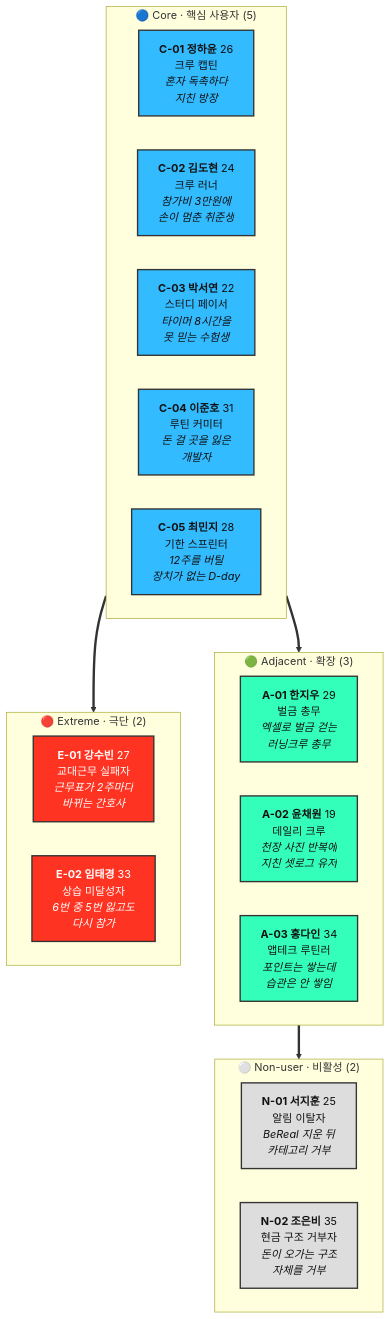
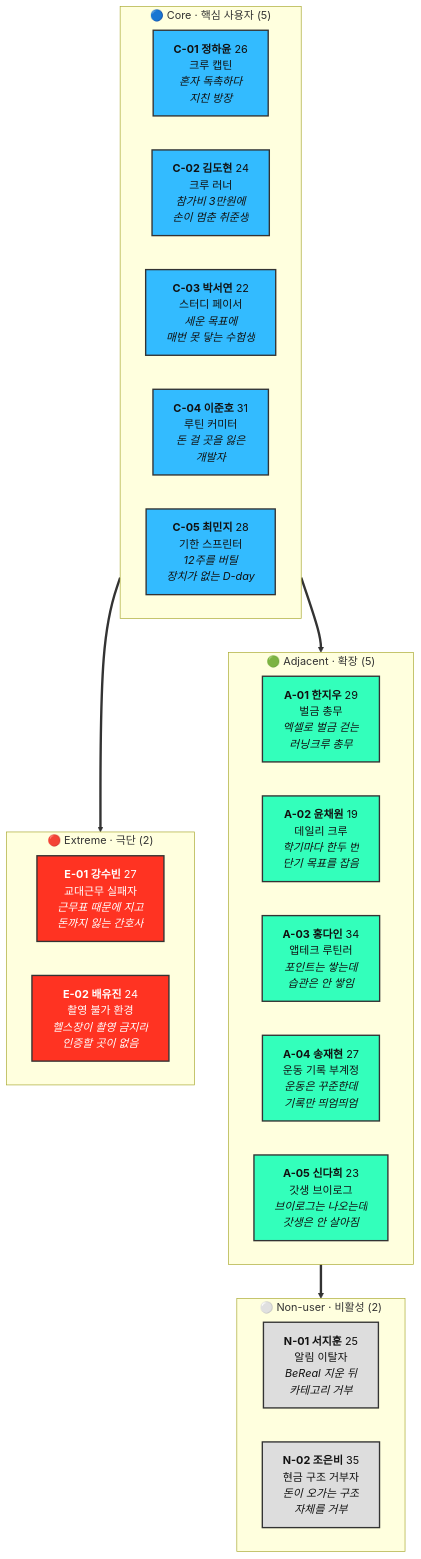
Before and after one commit to new-rim/business-research-practice-2026-sesac: the second of 2 diagrams in 05-personas/persona-02-spectrum.md, drawn with Mermaid. The commit also changed other lines of this file, not shown here.

````diff
--- a/05-personas/persona-02-spectrum.md
+++ b/05-personas/persona-02-spectrum.md
@@ -71,39 +76,41 @@
 ```mermaid
 graph TB
     subgraph CORE["🔵 Core · 핵심 사용자 (5)"]
         direction LR
         C1["<b>C-01 정하윤</b> 26<br/>크루 캡틴<br/><i>혼자 독촉하다<br/>지친 방장</i>"]:::core
         C2["<b>C-02 김도현</b> 24<br/>크루 러너<br/><i>참가비 3만원에<br/>손이 멈춘 취준생</i>"]:::core
-        C3["<b>C-03 박서연</b> 22<br/>스터디 페이서<br/><i>타이머 8시간을<br/>못 믿는 수험생</i>"]:::core
+        C3["<b>C-03 박서연</b> 22<br/>스터디 페이서<br/><i>세운 목표에<br/>매번 못 닿는 수험생</i>"]:::core
         C4["<b>C-04 이준호</b> 31<br/>루틴 커미터<br/><i>돈 걸 곳을 잃은<br/>개발자</i>"]:::core
         C5["<b>C-05 최민지</b> 28<br/>기한 스프린터<br/><i>12주를 버틸<br/>장치가 없는 D-day</i>"]:::core
     end
 
-    subgraph ADJ["🟢 Adjacent · 확장 (3)"]
+    subgraph ADJ["🟢 Adjacent · 확장 (5)"]
         direction LR
         A1["<b>A-01 한지우</b> 29<br/>벌금 총무<br/><i>엑셀로 벌금 걷는<br/>러닝크루 총무</i>"]:::adj
-        A2["<b>A-02 윤채원</b> 19<br/>데일리 크루<br/><i>천장 사진 반복에<br/>지친 셋로그 유저</i>"]:::adj
+        A2["<b>A-02 윤채원</b> 19<br/>데일리 크루<br/><i>학기마다 한두 번<br/>단기 목표를 잡음</i>"]:::adj
         A3["<b>A-03 홍다인</b> 34<br/>앱테크 루틴러<br/><i>포인트는 쌓는데<br/>습관은 안 쌓임</i>"]:::adj
+        A4["<b>A-04 송재현</b> 27<br/>운동 기록 부계정<br/><i>운동은 꾸준한데<br/>기록만 띄엄띄엄</i>"]:::adj
+        A5["<b>A-05 신다희</b> 23<br/>갓생 브이로그<br/><i>브이로그는 나오는데<br/>갓생은 안 살아짐</i>"]:::adj
     end
 
     subgraph EXT["🔴 Extreme · 극단 (2)"]
         direction LR
-        E1["<b>E-01 강수빈</b> 27<br/>교대근무 실패자<br/><i>근무표가 2주마다<br/>바뀌는 간호사</i>"]:::ext
-        E2["<b>E-02 임태경</b> 33<br/>상습 미달성자<br/><i>6번 중 5번 잃고도<br/>다시 참가</i>"]:::ext
+        E1["<b>E-01 강수빈</b> 27<br/>교대근무 실패자<br/><i>근무표 때문에 지고<br/>돈까지 잃는 간호사</i>"]:::ext
+        E2["<b>E-02 배유진</b> 24<br/>촬영 불가 환경<br/><i>헬스장이 촬영 금지라<br/>인증할 곳이 없음</i>"]:::ext
     end
 
     subgraph NON["⚪ Non-user · 비활성 (2)"]
         direction LR
         N1["<b>N-01 서지훈</b> 25<br/>알림 이탈자<br/><i>BeReal 지운 뒤<br/>카테고리 거부</i>"]:::non
         N2["<b>N-02 조은비</b> 35<br/>현금 구조 거부자<br/><i>돈이 오가는 구조<br/>자체를 거부</i>"]:::non
     end
 
     CORE ==> ADJ
     CORE ==> EXT
     ADJ ==> NON
 
     classDef core fill:#33BBFF,stroke:#333,stroke-width:2px,color:#111;
     classDef adj fill:#33FFBB,stroke:#333,stroke-width:2px,color:#111;
     classDef ext fill:#FF3322,stroke:#333,stroke-width:2px,color:#fff;
     classDef non fill:#DDDDDD,stroke:#333,stroke-width:2px,color:#111;
 ```
````
